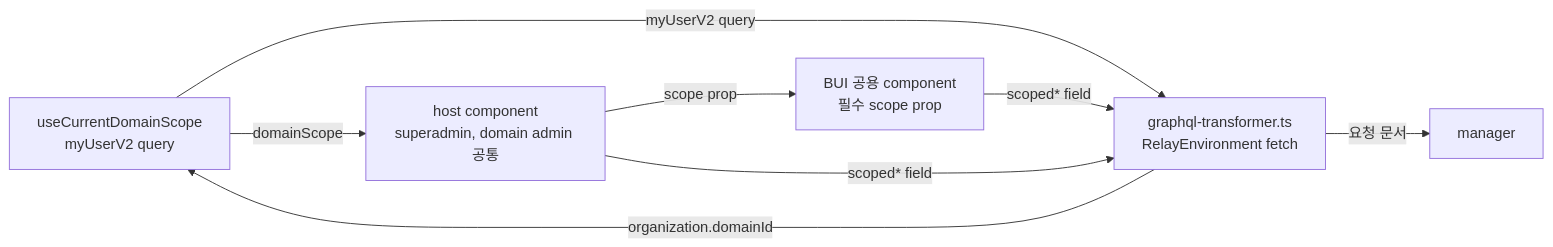
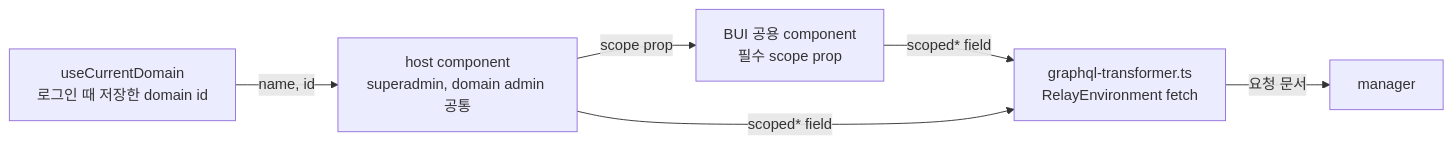
The diagram in docs/adr/0012-scoped-search-fields-in-place-of-admin-fields.md (lablup/backend.ai-webui), drawn with Mermaid before and after one commit. The commit also changed other lines of this file and 6 other files, not shown here.

First line of the commit message:
refactor(#10302): use main's useCurrentDomain instead of a separate scope hook

````diff
--- a/docs/adr/0012-scoped-search-fields-in-place-of-admin-fields.md
+++ b/docs/adr/0012-scoped-search-fields-in-place-of-admin-fields.md
@@ -30,15 +30,13 @@
 ```mermaid
 flowchart LR
   manager["manager"]
-  hook["useCurrentDomainScope<br/>myUserV2 query"]
+  hook["useCurrentDomain<br/>로그인 때 저장한 domain id"]
   page["host component<br/>superadmin, domain admin 공통"]
   select["BUI 공용 component<br/>필수 scope prop"]
   transformer["graphql-transformer.ts<br/>RelayEnvironment fetch"]
-  hook -- "myUserV2 query" --> transformer
-  transformer -- "organization.domainId" --> hook
-  hook -- "domainScope" --> page
+  hook -- "name, id" --> page
   page -- "scope prop" --> select
   select -- "scoped* field" --> transformer
   page -- "scoped* field" --> transformer
   transformer -- "요청 문서" --> manager
 ```
````
